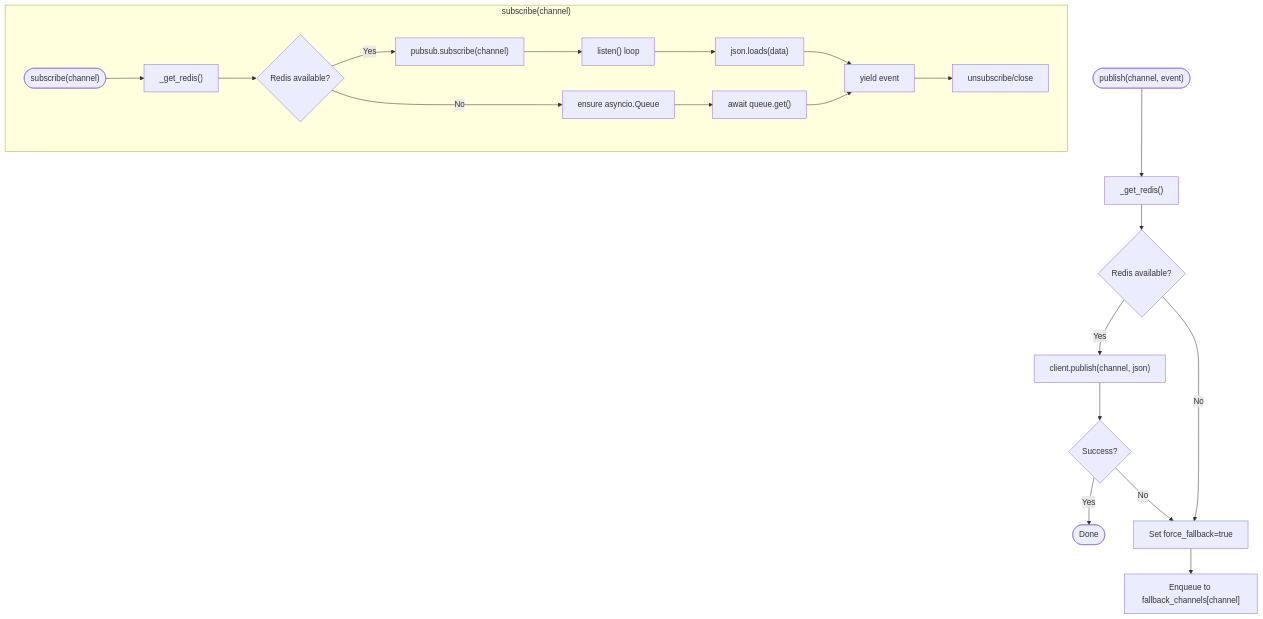
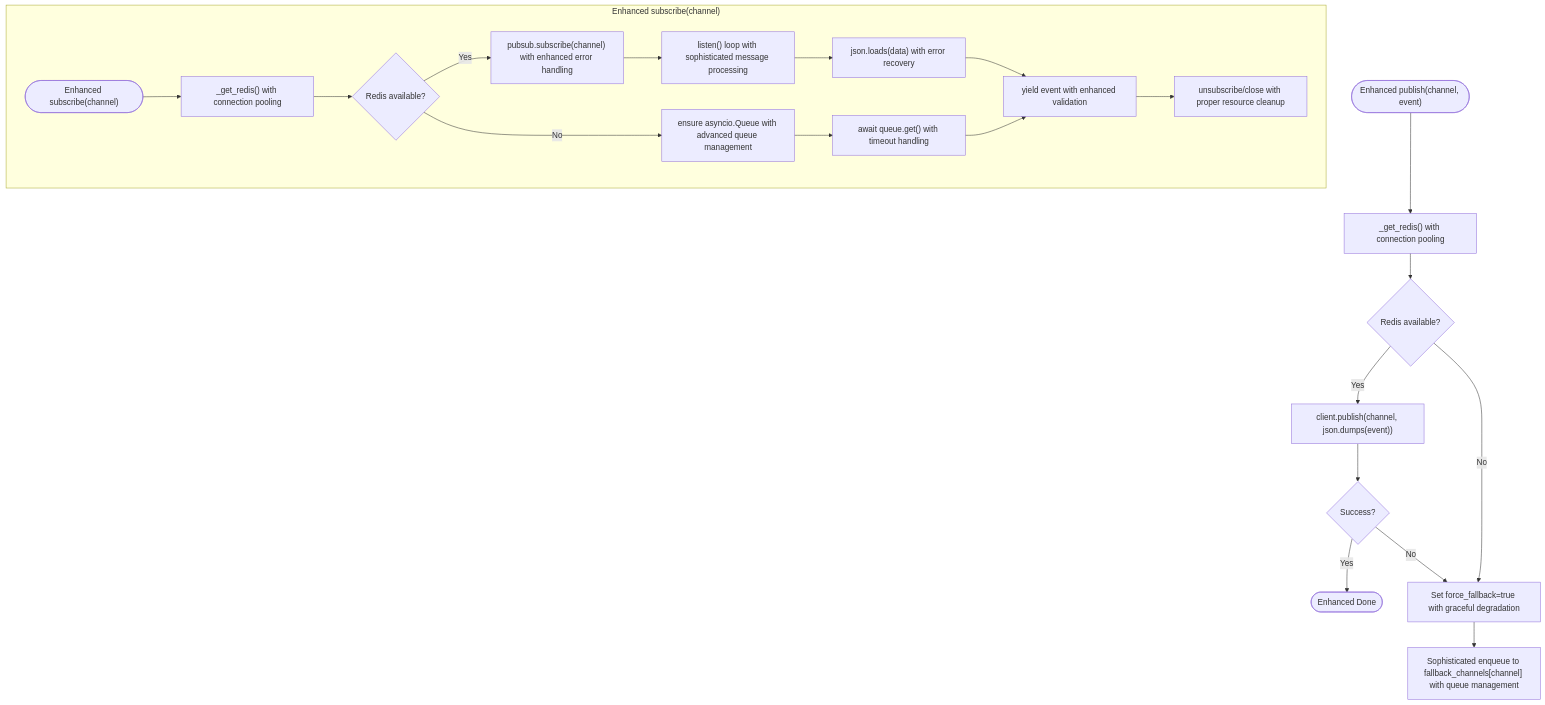
Before and after one commit to rohitkumarnaidu/-Auto-AI-Automated-Academic-Docx-Manuscript-Formatter: the fourth of 9 diagrams in .qoder/repowiki/en/content/Backend Development/Real-time Communication.md, drawn with Mermaid. The commit also changed other lines of this file and 6 other files, not shown here.

````diff
--- a/.qoder/repowiki/en/content/Backend Development/Real-time Communication.md
+++ b/.qoder/repowiki/en/content/Backend Development/Real-time Communication.md
@@ -170,23 +184,23 @@
 ```mermaid
 flowchart TD
-Start(["publish(channel, event)"]) --> GetRedis["_get_redis()"]
+Start(["Enhanced publish(channel, event)"]) --> GetRedis["_get_redis() with connection pooling"]
 GetRedis --> HasRedis{"Redis available?"}
-HasRedis --> |Yes| TryPublish["client.publish(channel, json)"]
+HasRedis --> |Yes| TryPublish["client.publish(channel, json.dumps(event))"]
 TryPublish --> PublishOK{"Success?"}
-PublishOK --> |Yes| Done(["Done"])
-PublishOK --> |No| Fallback["Set force_fallback=true"]
+PublishOK --> |Yes| Done(["Enhanced Done"])
+PublishOK --> |No| Fallback["Set force_fallback=true with graceful degradation"]
 HasRedis --> |No| Fallback
-Fallback --> InMemory["Enqueue to fallback_channels[channel]"]
-subgraph "subscribe(channel)"
-SubStart(["subscribe(channel)"]) --> GetSubRedis["_get_redis()"]
+Fallback --> InMemory["Sophisticated enqueue to fallback_channels[channel] with queue management"]
+subgraph "Enhanced subscribe(channel)"
+SubStart(["Enhanced subscribe(channel)"]) --> GetSubRedis["_get_redis() with connection pooling"]
 GetSubRedis --> SubHasRedis{"Redis available?"}
-SubHasRedis --> |Yes| PubSub["pubsub.subscribe(channel)"]
-PubSub --> Listen["listen() loop"]
-Listen --> Decode["json.loads(data)"]
-Decode --> Yield["yield event"]
-Yield --> Cleanup["unsubscribe/close"]
-SubHasRedis --> |No| MakeQueue["ensure asyncio.Queue"]
-MakeQueue --> LoopGet["await queue.get()"]
+SubHasRedis --> |Yes| PubSub["pubsub.subscribe(channel) with enhanced error handling"]
+PubSub --> Listen["listen() loop with sophisticated message processing"]
+Listen --> Decode["json.loads(data) with error recovery"]
+Decode --> Yield["yield event with enhanced validation"]
+Yield --> Cleanup["unsubscribe/close with proper resource cleanup"]
+SubHasRedis --> |No| MakeQueue["ensure asyncio.Queue with advanced queue management"]
+MakeQueue --> LoopGet["await queue.get() with timeout handling"]
 LoopGet --> Yield
 end
 ```
````
